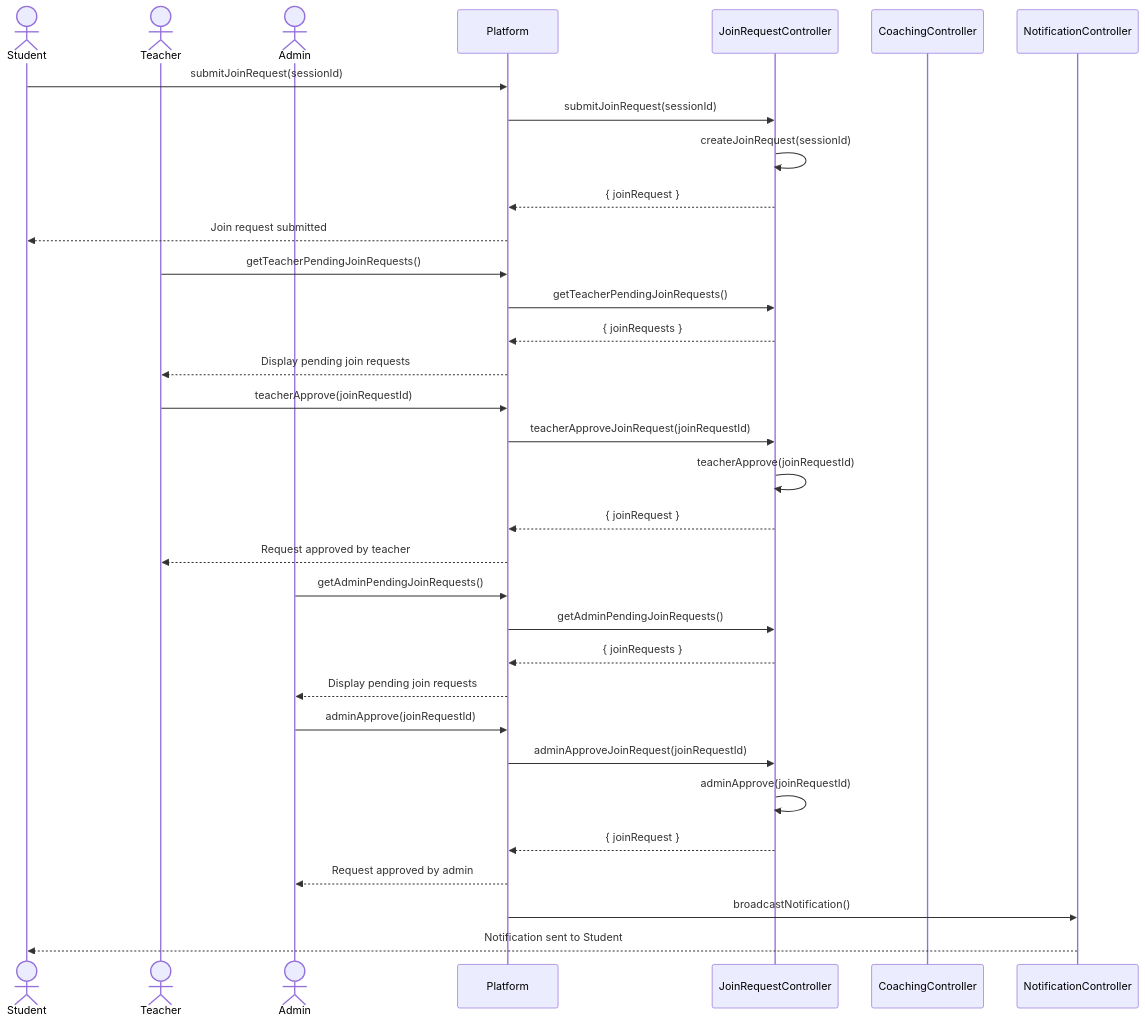
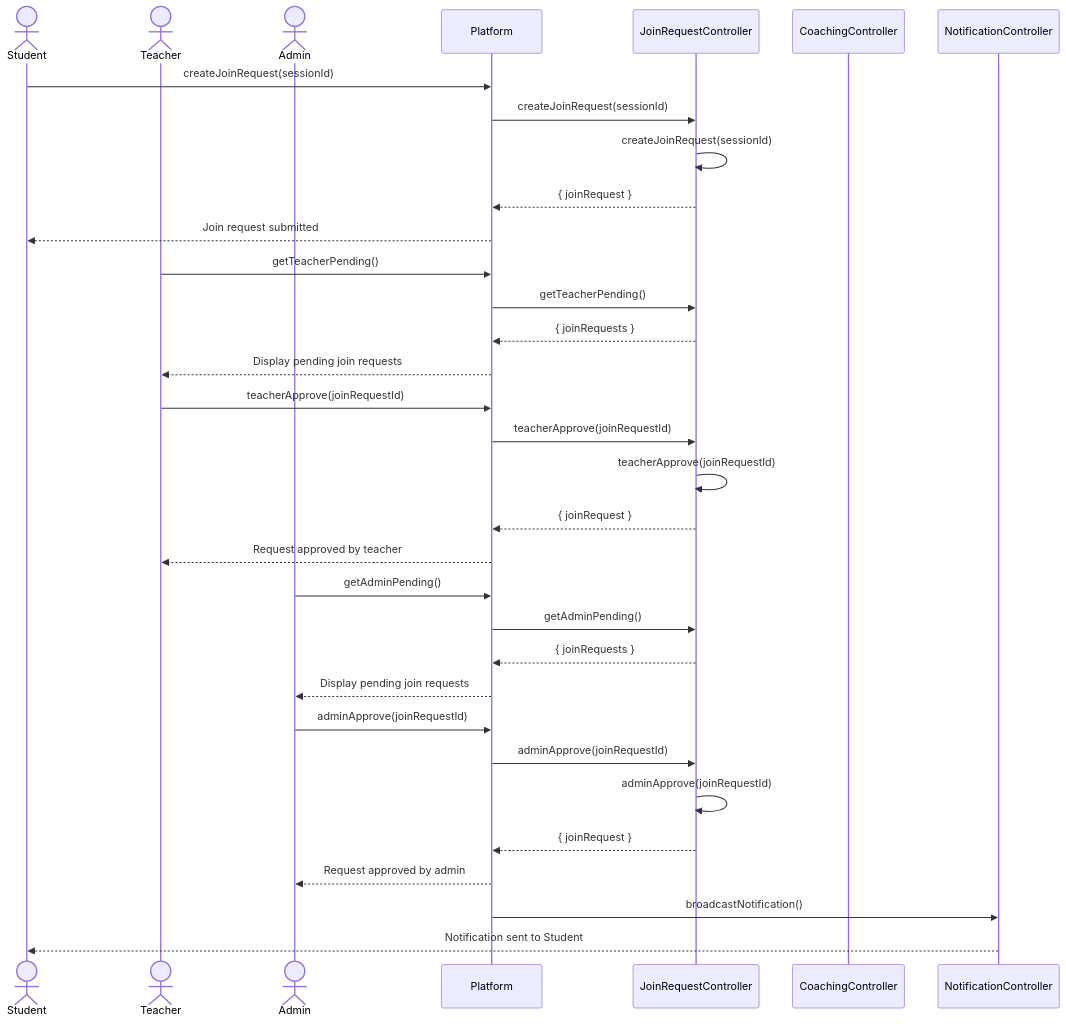
The sixth of 20 diagrams in diagrams/Sequence Diagram/sequencediagram.md (NovaLogic-Systems/gestArtes-docs), drawn with Mermaid before and after one commit. The commit also changed other lines of this file and 21 other files, not shown here.

First line of the commit message:
feat(diagrams): update class diagram and sequence diagram with new methods and entities

````diff
--- a/diagrams/Sequence Diagram/sequencediagram.md
+++ b/diagrams/Sequence Diagram/sequencediagram.md
@@ -156,41 +156,41 @@
 ```mermaid
 sequenceDiagram
     actor Student
     actor Teacher
     actor Admin
     participant Platform as Platform
     participant JoinRequestController as JoinRequestController
     participant CoachingController as CoachingController
     participant NotificationController as NotificationController
 
-    Student->>Platform: submitJoinRequest(sessionId)
-    Platform->>JoinRequestController: submitJoinRequest(sessionId)
+    Student->>Platform: createJoinRequest(sessionId)
+    Platform->>JoinRequestController: createJoinRequest(sessionId)
     JoinRequestController->>JoinRequestController: createJoinRequest(sessionId)
     JoinRequestController-->>Platform: { joinRequest }
     Platform-->>Student: Join request submitted
 
-    Teacher->>Platform: getTeacherPendingJoinRequests()
-    Platform->>JoinRequestController: getTeacherPendingJoinRequests()
+    Teacher->>Platform: getTeacherPending()
+    Platform->>JoinRequestController: getTeacherPending()
     JoinRequestController-->>Platform: { joinRequests }
     Platform-->>Teacher: Display pending join requests
 
     Teacher->>Platform: teacherApprove(joinRequestId)
-    Platform->>JoinRequestController: teacherApproveJoinRequest(joinRequestId)
+    Platform->>JoinRequestController: teacherApprove(joinRequestId)
     JoinRequestController->>JoinRequestController: teacherApprove(joinRequestId)
     JoinRequestController-->>Platform: { joinRequest }
     Platform-->>Teacher: Request approved by teacher
 
-    Admin->>Platform: getAdminPendingJoinRequests()
-    Platform->>JoinRequestController: getAdminPendingJoinRequests()
+    Admin->>Platform: getAdminPending()
+    Platform->>JoinRequestController: getAdminPending()
     JoinRequestController-->>Platform: { joinRequests }
     Platform-->>Admin: Display pending join requests
 
     Admin->>Platform: adminApprove(joinRequestId)
-    Platform->>JoinRequestController: adminApproveJoinRequest(joinRequestId)
+    Platform->>JoinRequestController: adminApprove(joinRequestId)
     JoinRequestController->>JoinRequestController: adminApprove(joinRequestId)
     JoinRequestController-->>Platform: { joinRequest }
     Platform-->>Admin: Request approved by admin
 
     Platform->>NotificationController: broadcastNotification()
     NotificationController-->>Student: Notification sent to Student
 ```
````
